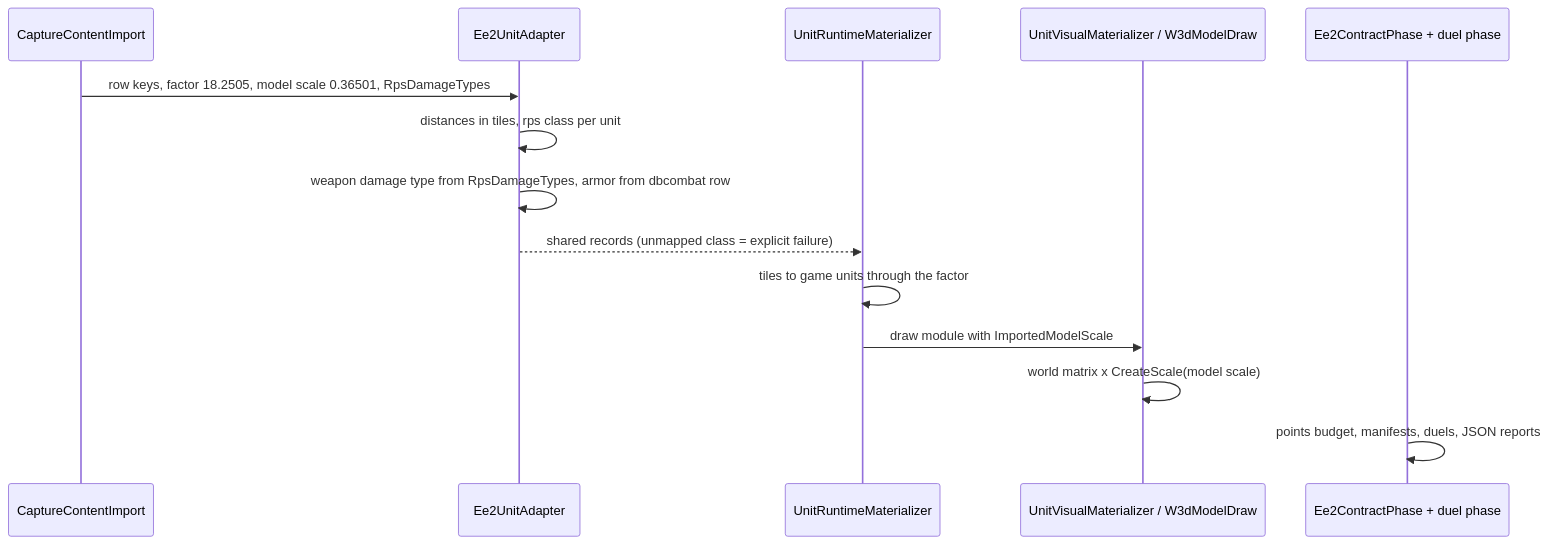
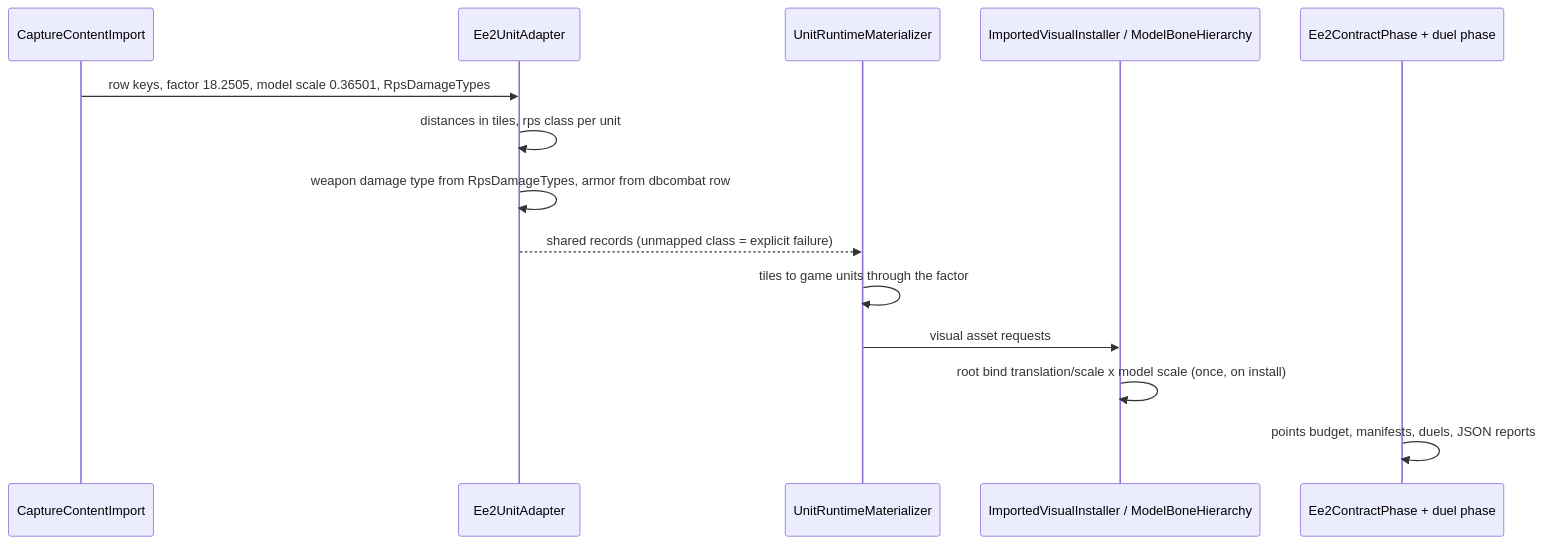
The fourth of 4 diagrams in docs/roadmap/deep-dives/mass-battle-1k.md (rmessinger/Panopticon), drawn with Mermaid before and after one commit. The commit also changed other lines of this file and 12 other files, not shown here.

First line of the commit message:
M3-1: bake model scale into root binds at install (WI-M3-01 rework)

````diff
--- a/docs/roadmap/deep-dives/mass-battle-1k.md
+++ b/docs/roadmap/deep-dives/mass-battle-1k.md
@@ -273,16 +274,16 @@
 ```mermaid
 sequenceDiagram
     participant P as CaptureContentImport
     participant A as Ee2UnitAdapter
     participant M as UnitRuntimeMaterializer
-    participant W as UnitVisualMaterializer / W3dModelDraw
+    participant I as ImportedVisualInstaller / ModelBoneHierarchy
     participant D as Ee2ContractPhase + duel phase
     P->>A: row keys, factor 18.2505, model scale 0.36501, RpsDamageTypes
     A->>A: distances in tiles, rps class per unit
     A->>A: weapon damage type from RpsDamageTypes, armor from dbcombat row
     A-->>M: shared records (unmapped class = explicit failure)
     M->>M: tiles to game units through the factor
-    M->>W: draw module with ImportedModelScale
-    W->>W: world matrix x CreateScale(model scale)
+    M->>I: visual asset requests
+    I->>I: root bind translation/scale x model scale (once, on install)
     D->>D: points budget, manifests, duels, JSON reports
 ```
````
